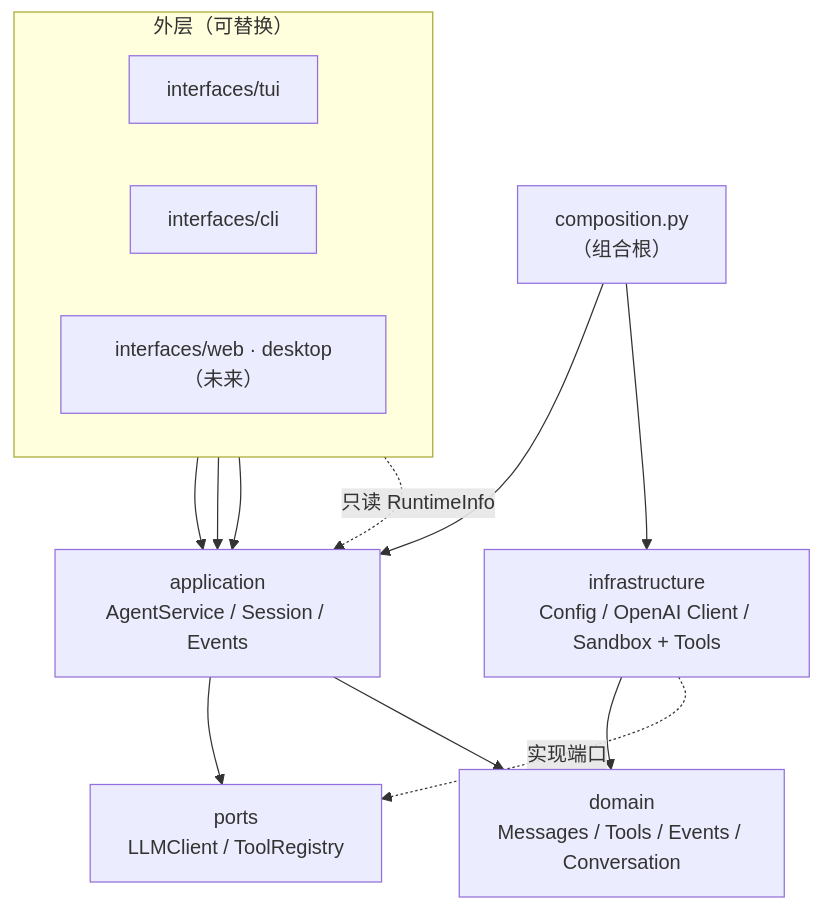
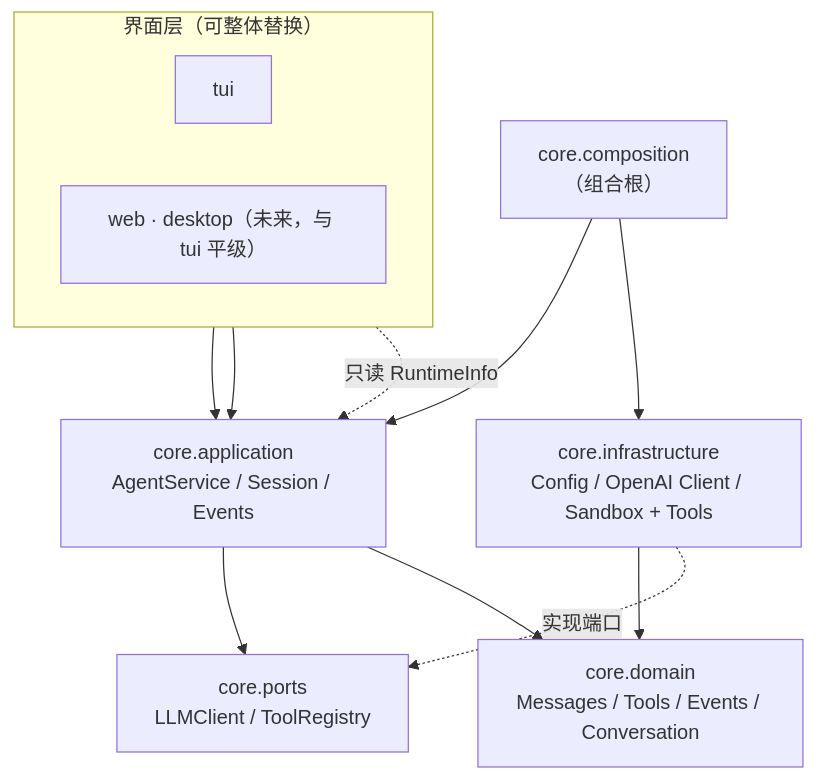
The first of 3 diagrams in Agent/xAgent/ARCHITECTURE.md (atfa/LLM-Homework), drawn with Mermaid before and after one commit. The commit also changed other lines of this file and 35 other files, not shown here.

First line of the commit message:
Refactor xAgent structure to introduce core layer

````diff
--- a/Agent/xAgent/ARCHITECTURE.md
+++ b/Agent/xAgent/ARCHITECTURE.md
@@ -29,26 +32,24 @@
 ```mermaid
 flowchart TB
-    subgraph outer["外层（可替换）"]
+    subgraph outer["界面层（可整体替换）"]
         direction LR
-        TUI["interfaces/tui"]
-        CLI["interfaces/cli"]
-        FUTURE["interfaces/web · desktop（未来）"]
+        TUI["tui"]
+        FUTURE["web · desktop（未来，与 tui 平级）"]
     end
 
-    COMP["composition.py\n（组合根）"]
-    APP["application\nAgentService / Session / Events"]
-    PORTS["ports\nLLMClient / ToolRegistry"]
-    DOM["domain\nMessages / Tools / Events / Conversation"]
-    INFRA["infrastructure\nConfig / OpenAI Client / Sandbox + Tools"]
+    COMP["core.composition\n（组合根）"]
+    APP["core.application\nAgentService / Session / Events"]
+    PORTS["core.ports\nLLMClient / ToolRegistry"]
+    DOM["core.domain\nMessages / Tools / Events / Conversation"]
+    INFRA["core.infrastructure\nConfig / OpenAI Client / Sandbox + Tools"]
 
     TUI --> APP
-    CLI --> APP
     FUTURE --> APP
     COMP --> APP
     COMP --> INFRA
     APP --> PORTS
     APP --> DOM
     INFRA --> DOM
     INFRA -. "实现端口" .-> PORTS
     TUI -. "只读 RuntimeInfo" .-> APP
 ```
````
